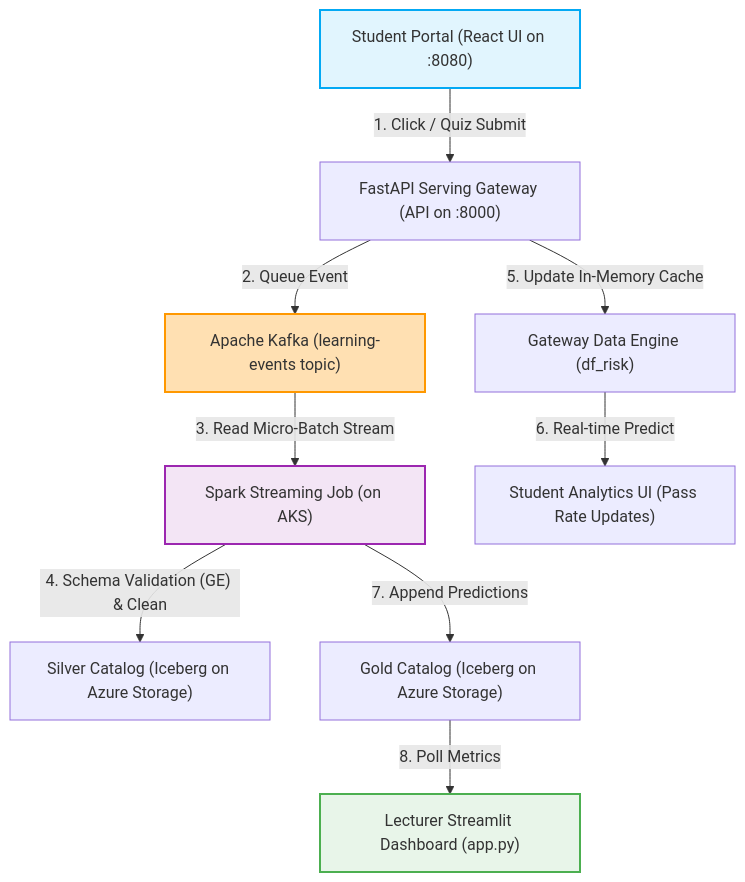
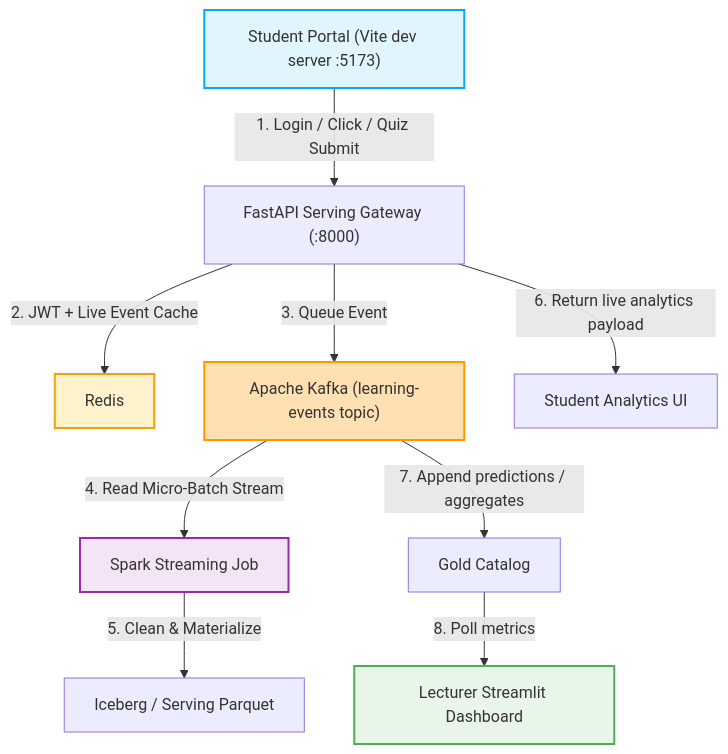
The diagram in docs/realtime-testing-guide.md (minhtran1015/b-learn), drawn with Mermaid before and after one commit. The commit also changed other lines of this file and 43 other files, not shown here.

````diff
--- a/docs/realtime-testing-guide.md
+++ b/docs/realtime-testing-guide.md
@@ -11,16 +11,17 @@
 ```mermaid
 graph TD
-    A["Student Portal (React UI on :8080)"] -->|"1. Click / Quiz Submit"| B["FastAPI Serving Gateway (API on :8000)"]
-    B -->|"2. Queue Event"| C["Apache Kafka (learning-events topic)"]
-    C -->|"3. Read Micro-Batch Stream"| D["Spark Streaming Job (on AKS)"]
-    D -->|"4. Schema Validation (GE) & Clean"| E["Silver Catalog (Iceberg on Azure Storage)"]
-    B -->|"5. Update In-Memory Cache"| F["Gateway Data Engine (df_risk)"]
-    F -->|"6. Real-time Predict"| G["Student Analytics UI (Pass Rate Updates)"]
-    D -->|"7. Append Predictions"| H["Gold Catalog (Iceberg on Azure Storage)"]
-    H -->|"8. Poll Metrics"| I["Lecturer Streamlit Dashboard (app.py)"]
+    A["Student Portal (Vite dev server :5173)"] -->|"1. Login / Click / Quiz Submit"| B["FastAPI Serving Gateway (:8000)"]
+    B -->|"2. JWT + Live Event Cache"| C["Redis"]
+    B -->|"3. Queue Event"| D["Apache Kafka (learning-events topic)"]
+    D -->|"4. Read Micro-Batch Stream"| E["Spark Streaming Job"]
+    E -->|"5. Clean & Materialize"| F["Iceberg / Serving Parquet"]
+    B -->|"6. Return live analytics payload"| G["Student Analytics UI"]
+    D -->|"7. Append predictions / aggregates"| H["Gold Catalog"]
+    H -->|"8. Poll metrics"| I["Lecturer Streamlit Dashboard"]
 
     style A fill:#e1f5fe,stroke:#03a9f4,stroke-width:2px
-    style C fill:#ffe0b2,stroke:#ff9800,stroke-width:2px
-    style D fill:#f3e5f5,stroke:#9c27b0,stroke-width:2px
+    style C fill:#fff3cd,stroke:#f59e0b,stroke-width:2px
+    style D fill:#ffe0b2,stroke:#ff9800,stroke-width:2px
+    style E fill:#f3e5f5,stroke:#9c27b0,stroke-width:2px
     style I fill:#e8f5e9,stroke:#4caf50,stroke-width:2px
 ```
````
